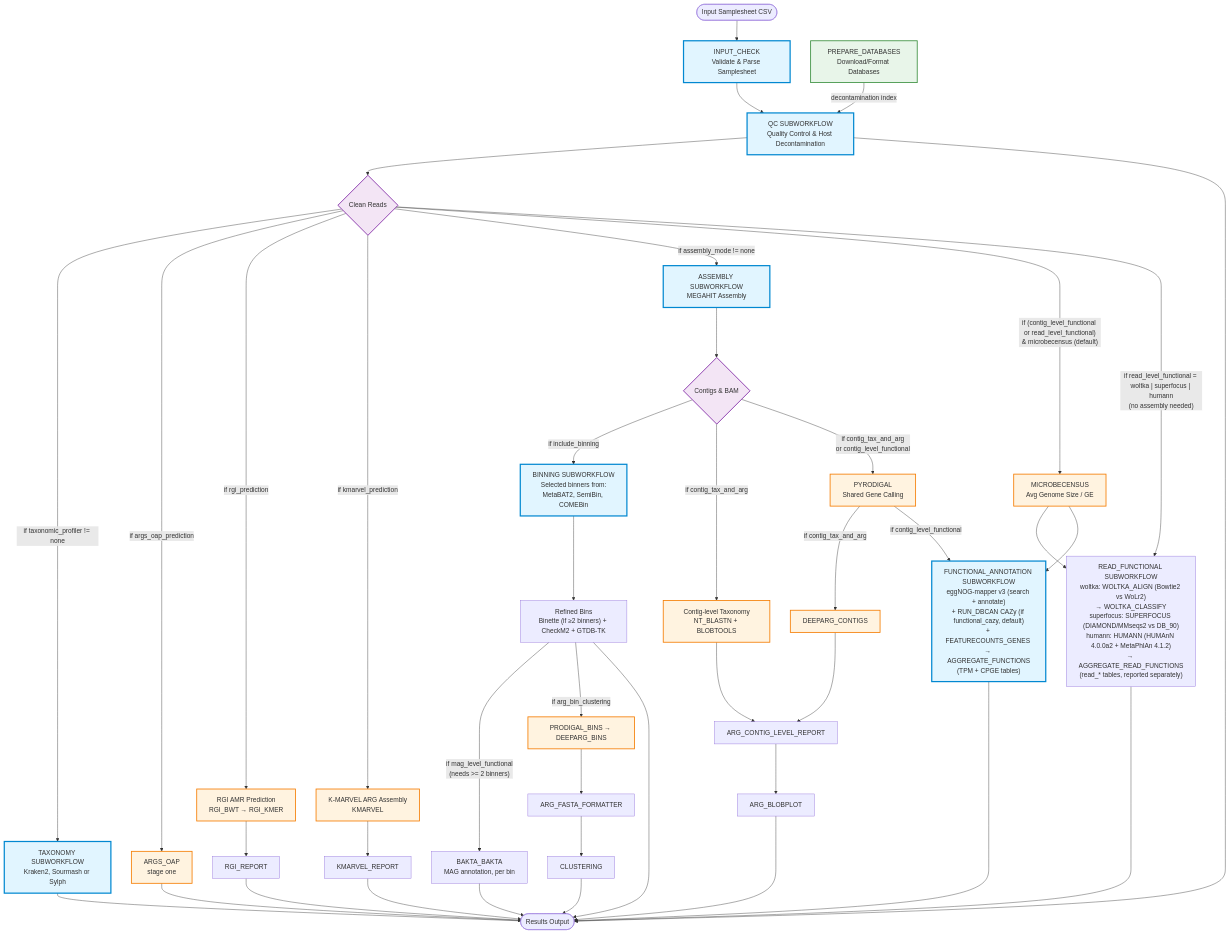
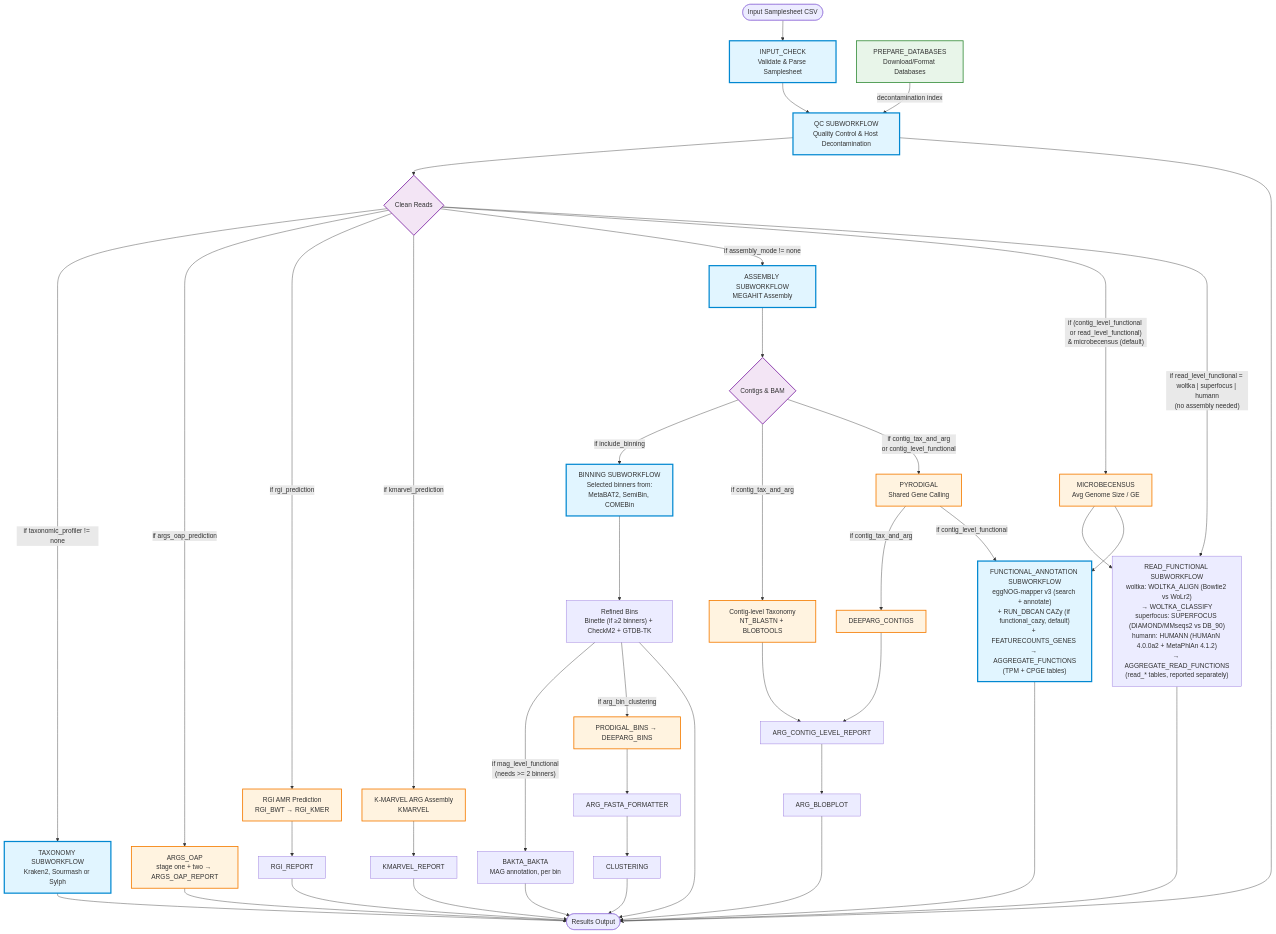
One commit to gene2dis/BugBuster changed the first of 8 diagrams in docs/WORKFLOW_DIAGRAM.md. Above: the diagram before and after it, drawn with Mermaid. The commit also changed other lines of this file and 3 other files, not shown here.

First line of the commit message:
docs: ARGs-OAP stage two, SARG tables and --args_oap_prediction

````diff
--- a/docs/WORKFLOW_DIAGRAM.md
+++ b/docs/WORKFLOW_DIAGRAM.md
@@ -10,78 +10,78 @@
 ```mermaid
 flowchart TD
     Start([Input Samplesheet CSV]) --> InputCheck[INPUT_CHECK<br/>Validate & Parse Samplesheet]
     
     PrepDB[PREPARE_DATABASES<br/>Download/Format Databases] -->|decontamination index| QC
     InputCheck --> QC
     
     %% Quality Control Branch
     QC[QC SUBWORKFLOW<br/>Quality Control & Host Decontamination] --> CleanReads{Clean Reads}
     
     %% Taxonomy Branch
     CleanReads -->|if taxonomic_profiler != none| Taxonomy[TAXONOMY SUBWORKFLOW<br/>Kraken2, Sourmash or Sylph]
     
     %% Read-level ARG Branch
-    CleanReads -->|if args_oap_prediction| ReadARG[ARGS_OAP<br/>stage one]
+    CleanReads -->|if args_oap_prediction| ReadARG[ARGS_OAP<br/>stage one + two → ARGS_OAP_REPORT]
 
     %% RGI Branch
     CleanReads -->|if rgi_prediction| RGI[RGI AMR Prediction<br/>RGI_BWT → RGI_KMER]
     RGI --> RGIReport[RGI_REPORT]
 
     %% K-MARVEL Branch
     CleanReads -->|if kmarvel_prediction| KMARVEL[K-MARVEL ARG Assembly<br/>KMARVEL]
     KMARVEL --> KMARVELReport[KMARVEL_REPORT]
     
     %% Assembly Branch
     CleanReads -->|if assembly_mode != none| Assembly[ASSEMBLY SUBWORKFLOW<br/>MEGAHIT Assembly]
     
     Assembly --> Contigs{Contigs & BAM}
     
     %% Binning Branch
     Contigs -->|if include_binning| Binning[BINNING SUBWORKFLOW<br/>Selected binners from:<br/>MetaBAT2, SemiBin, COMEBin]
     Binning --> RefinedBins["Refined Bins<br/>Binette (if ≥2 binners) + CheckM2 + GTDB-TK"]
     
     %% Contig-level Analysis Branch
     Contigs -->|if contig_tax_and_arg| ContigTax[Contig-level Taxonomy<br/>NT_BLASTN + BLOBTOOLS]
     Contigs -->|"if contig_tax_and_arg<br/>or contig_level_functional"| Pyrodigal[PYRODIGAL<br/>Shared Gene Calling]
     Pyrodigal -->|if contig_tax_and_arg| ContigARG[DEEPARG_CONTIGS]
     ContigTax --> ARGContigReport
     ContigARG --> ARGContigReport[ARG_CONTIG_LEVEL_REPORT]
     ARGContigReport --> ARGBlobplot[ARG_BLOBPLOT]
 
     %% Functional Annotation Branch
     CleanReads -->|"if (contig_level_functional or read_level_functional)<br/>& microbecensus (default)"| MicrobeCensus[MICROBECENSUS<br/>Avg Genome Size / GE]
     CleanReads -->|"if read_level_functional = woltka | superfocus | humann<br/>(no assembly needed)"| ReadFunctional["READ_FUNCTIONAL SUBWORKFLOW<br/>woltka: WOLTKA_ALIGN (Bowtie2 vs WoLr2)<br/>→ WOLTKA_CLASSIFY<br/>superfocus: SUPERFOCUS (DIAMOND/MMseqs2 vs DB_90)<br/>humann: HUMANN (HUMAnN 4.0.0a2 + MetaPhlAn 4.1.2)<br/>→ AGGREGATE_READ_FUNCTIONS<br/>(read_* tables, reported separately)"]
     MicrobeCensus --> ReadFunctional
     Pyrodigal -->|if contig_level_functional| Functional["FUNCTIONAL_ANNOTATION SUBWORKFLOW<br/>eggNOG-mapper v3 (search + annotate)<br/>+ RUN_DBCAN CAZy (if functional_cazy, default)<br/>+ FEATURECOUNTS_GENES → AGGREGATE_FUNCTIONS<br/>(TPM + CPGE tables)"]
     MicrobeCensus --> Functional
     RefinedBins -->|"if mag_level_functional<br/>(needs >= 2 binners)"| Bakta[BAKTA_BAKTA<br/>MAG annotation, per bin]
 
     %% Bin ARG Clustering Branch
     RefinedBins -->|if arg_bin_clustering| BinARG[PRODIGAL_BINS → DEEPARG_BINS]
     BinARG --> ARGFormat[ARG_FASTA_FORMATTER]
     ARGFormat --> Clustering[CLUSTERING]
     
     %% End
     QC --> End([Results Output])
     Taxonomy --> End
     ReadARG --> End
     RGIReport --> End
     KMARVELReport --> End
     ARGBlobplot --> End
     Clustering --> End
     Functional --> End
     ReadFunctional --> End
     Bakta --> End
     RefinedBins --> End
 
     %% Styling
     classDef subworkflow fill:#e1f5ff,stroke:#0288d1,stroke-width:3px
     classDef module fill:#fff3e0,stroke:#f57c00,stroke-width:2px
     classDef decision fill:#f3e5f5,stroke:#7b1fa2,stroke-width:2px
     classDef database fill:#e8f5e9,stroke:#388e3c,stroke-width:2px
     
     class InputCheck,QC,Taxonomy,Assembly,Binning,Functional subworkflow
     class ReadARG,RGI,KMARVEL,ContigTax,ContigARG,BinARG,Pyrodigal,MicrobeCensus module
     class CleanReads,Contigs decision
     class PrepDB database
 ```
````
